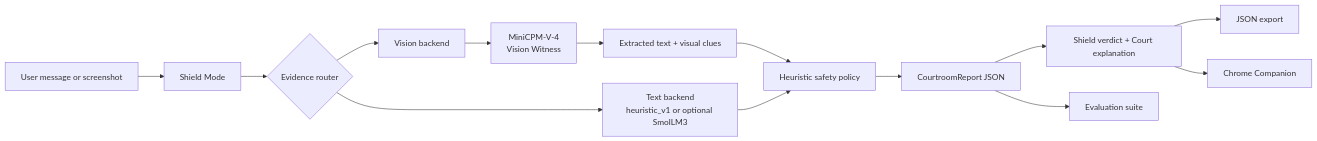
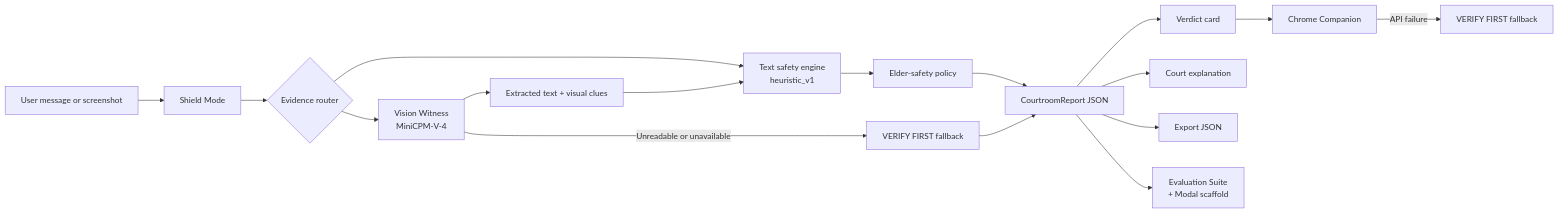
The diagram in README.md (jpablortiz96/Scam-Court-AI), drawn with Mermaid before and after one commit. The commit also changed other lines of this file and 14 other files, not shown here.

Commit message:
docs: upgrade public proof pack with screenshots and architecture

````diff
--- a/README.md
+++ b/README.md
@@ -85,16 +111,19 @@
 ```mermaid
 flowchart LR
     U["User message or screenshot"] --> S["Shield Mode"]
     S --> R{"Evidence router"}
-    R --> T["Text backend<br/>heuristic_v1 or optional SmolLM3"]
-    R --> V["Vision backend"]
-    V --> M["MiniCPM-V-4<br/>Vision Witness"]
-    M --> E["Extracted text + visual clues"]
-    E --> H["Heuristic safety policy"]
-    T --> H
-    H --> J["CourtroomReport JSON"]
-    J --> O["Shield verdict + Court explanation"]
-    O --> X["JSON export"]
-    O --> C["Chrome Companion"]
-    J --> Q["Evaluation suite"]
+    R --> V["Vision Witness<br/>MiniCPM-V-4"]
+    R --> T["Text safety engine<br/>heuristic_v1"]
+    V --> E["Extracted text + visual clues"]
+    E --> T
+    V -->|Unreadable or unavailable| F["VERIFY FIRST fallback"]
+    T --> P["Elder-safety policy"]
+    P --> J["CourtroomReport JSON"]
+    F --> J
+    J --> C["Verdict card"]
+    J --> K["Court explanation"]
+    J --> X["Export JSON"]
+    J --> Q["Evaluation Suite<br/>+ Modal scaffold"]
+    C --> B["Chrome Companion"]
+    B -->|API failure| BF["VERIFY FIRST fallback"]
 ```
````
